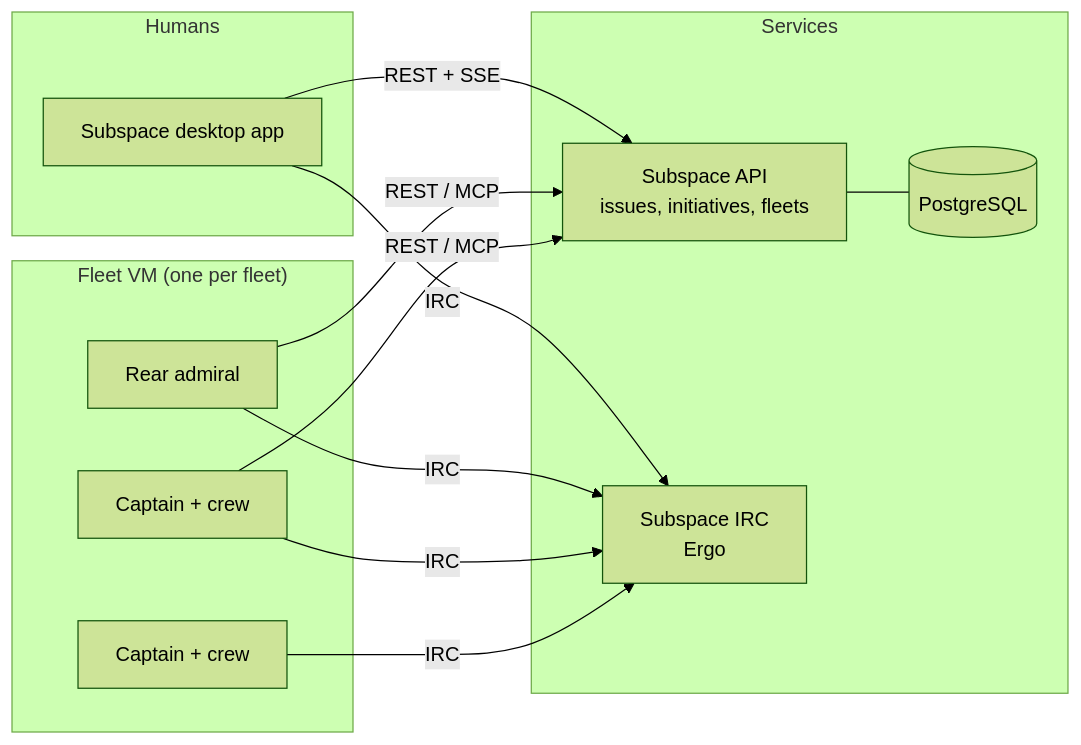
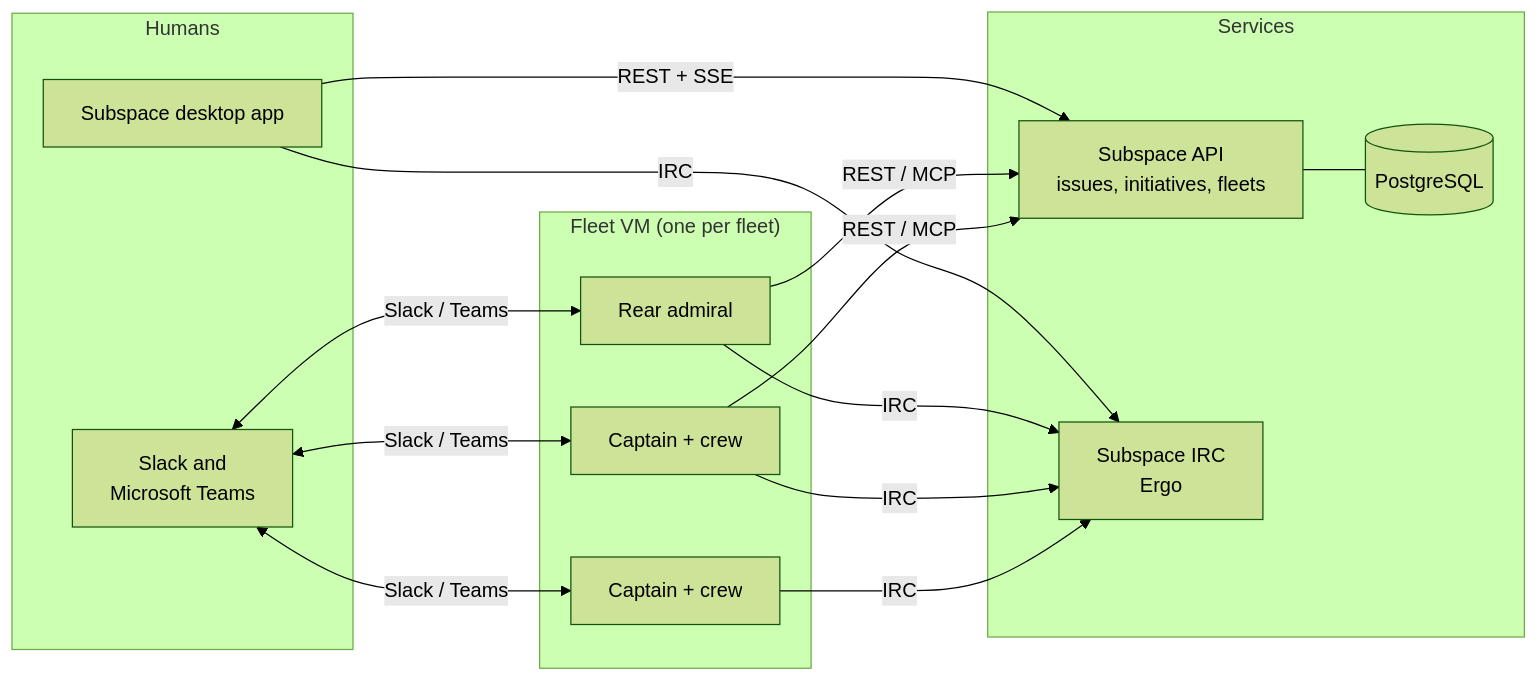
One commit to aiconsultancy/subspace changed the diagram in README.md. Above: the diagram before and after it, drawn with Mermaid (forest theme). The commit also changed other lines of this file and 4 other files, not shown here.

First line of the commit message:
docs: say what Subspace is and add an overview diagram

````diff
--- a/README.md
+++ b/README.md
@@ -84,24 +176,28 @@
 ```mermaid
 flowchart LR
   subgraph Humans
     D[Subspace desktop app]
+    ST[Slack and<br/>Microsoft Teams]
   end
   subgraph Services
     API[Subspace API<br/>issues, initiatives, fleets]
     IRC[Subspace IRC<br/>Ergo]
     PG[(PostgreSQL)]
   end
   subgraph Fleet["Fleet VM (one per fleet)"]
     RA[Rear admiral]
     C1[Captain + crew]
     C2[Captain + crew]
   end
   D -- REST + SSE --> API
   D -- IRC --> IRC
   API --- PG
   RA -- IRC --> IRC
   C1 -- IRC --> IRC
   C2 -- IRC --> IRC
   RA -- REST / MCP --> API
   C1 -- REST / MCP --> API
+  ST <-- Slack / Teams --> RA
+  ST <-- Slack / Teams --> C1
+  ST <-- Slack / Teams --> C2
 ```
````
